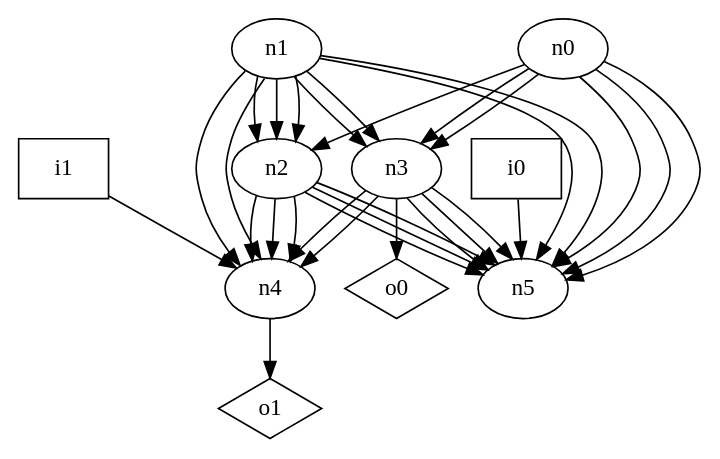
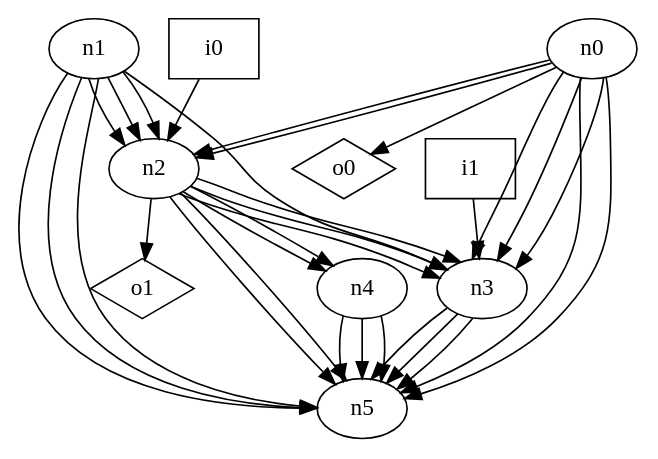
Before and after one commit to p9romain/bool-circuits: the diagram in dot_files/random_graph/DAG_loop_free_graph.dot, drawn with Graphviz. The commit also changed 66 other files, not shown here.

```diff
--- a/dot_files/random_graph/DAG_loop_free_graph.dot
+++ b/dot_files/random_graph/DAG_loop_free_graph.dot
@@ -1,42 +1,43 @@
 digraph G {
 n0 [label="n0"];
 n1 [label="n1"];
 n2 [label="n2"];
 n3 [label="n3"];
 n4 [label="n4"];
 n5 [label="n5"];
 n6 [label="i0",shape="box"];
 n7 [label="i1",shape="box"];
 n8 [label="o0",shape="diamond"];
 n9 [label="o1",shape="diamond"];
 n0 -> n2
+n0 -> n2
+n0 -> n3
 n0 -> n3
 n0 -> n3
 n0 -> n5
 n0 -> n5
-n0 -> n5
+n0 -> n8
 n1 -> n2
 n1 -> n2
 n1 -> n2
 n1 -> n3
-n1 -> n3
-n1 -> n4
-n1 -> n4
 n1 -> n5
 n1 -> n5
-n2 -> n4
+n1 -> n5
+n2 -> n3
+n2 -> n3
+n2 -> n3
 n2 -> n4
 n2 -> n4
 n2 -> n5
 n2 -> n5
-n2 -> n5
-n3 -> n4
-n3 -> n4
+n2 -> n9
 n3 -> n5
 n3 -> n5
 n3 -> n5
-n3 -> n8
-n4 -> n9
-n6 -> n5
-n7 -> n4
+n4 -> n5
+n4 -> n5
+n4 -> n5
+n6 -> n2
+n7 -> n3
 }
```
